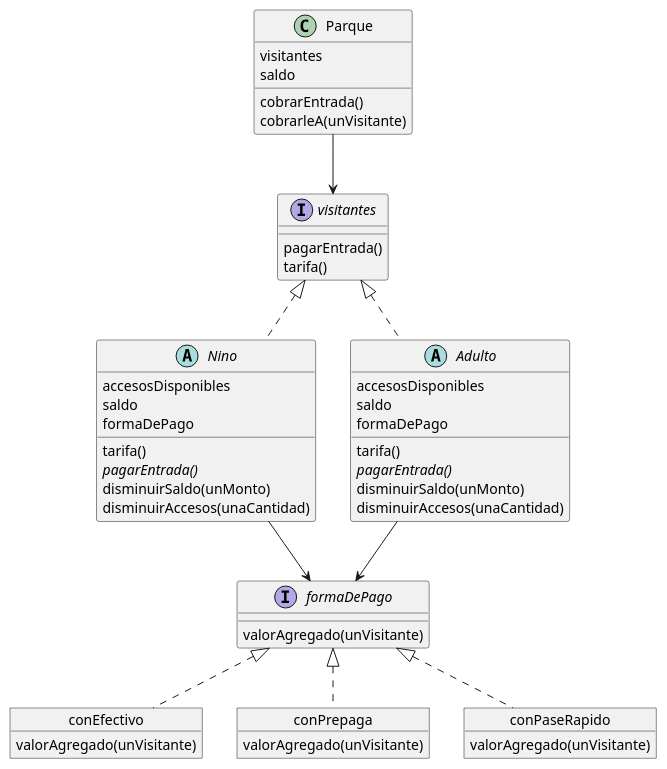
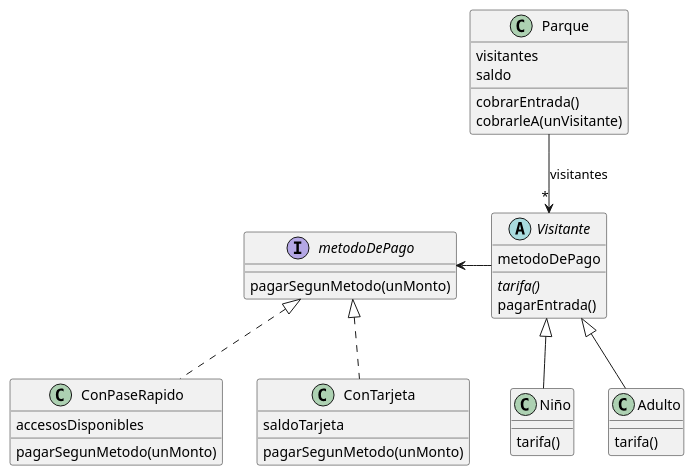
One commit to gonzivaser/Paradigmas-UTN changed the diagram in Finales/Final 14-12-2024/Objetos/diagrama.plantuml. Above: the diagram before and after it, drawn with PlantUML. The commit also changed 15 other files, not shown here.

```diff
--- a/Finales/Final 14-12-2024/Objetos/diagrama.plantuml
+++ b/Finales/Final 14-12-2024/Objetos/diagrama.plantuml
@@ -1,65 +1,48 @@
 @startuml diagrama
 
-class Parque {
-    visitantes
-    saldo
+Class Parque {
+    visitantes 
+    saldo 
 
     cobrarEntrada()
     cobrarleA(unVisitante)
 }
 
-interface visitantes {
+abstract Class Visitante {
+    metodoDePago
+
+    {abstract} tarifa()
     pagarEntrada()
+}
+
+Class Niño extends Visitante {
     tarifa()
 }
 
-abstract class Nino {
-    accesosDisponibles
-    saldo
-    formaDePago
-
+Class Adulto extends Visitante {
     tarifa()
-    {abstract} pagarEntrada()
-    disminuirSaldo(unMonto)
-    disminuirAccesos(unaCantidad)
 }
 
-abstract class Adulto {
+Class ConPaseRapido {
     accesosDisponibles
-    saldo
-    formaDePago
 
-    tarifa()
-    {abstract} pagarEntrada()
-    disminuirSaldo(unMonto)
-    disminuirAccesos(unaCantidad)
+    pagarSegunMetodo(unMonto)
 }
 
+Class ConTarjeta {
+    saldoTarjeta
 
-interface formaDePago {
-    valorAgregado(unVisitante)
+    pagarSegunMetodo(unMonto)
 }
 
-object conEfectivo {
-    valorAgregado(unVisitante)
+interface metodoDePago {
+    pagarSegunMetodo(unMonto)
 }
 
-object conPrepaga {
-    valorAgregado(unVisitante)
-}
-
-object conPaseRapido {
-    valorAgregado(unVisitante)
-}
+Parque --> "*" Visitante : visitantes
+Visitante -l-> metodoDePago
+ConPaseRapido .u.|> metodoDePago
+ConTarjeta .u.|> metodoDePago
 
 
-Parque --> visitantes 
-Nino .u.|> visitantes
-Adulto .u.|> visitantes
-Nino --> formaDePago
-Adulto --> formaDePago
-conEfectivo .u.|> formaDePago
-conPrepaga .u.|> formaDePago
-conPaseRapido .u.|> formaDePago
-
 @enduml
```
